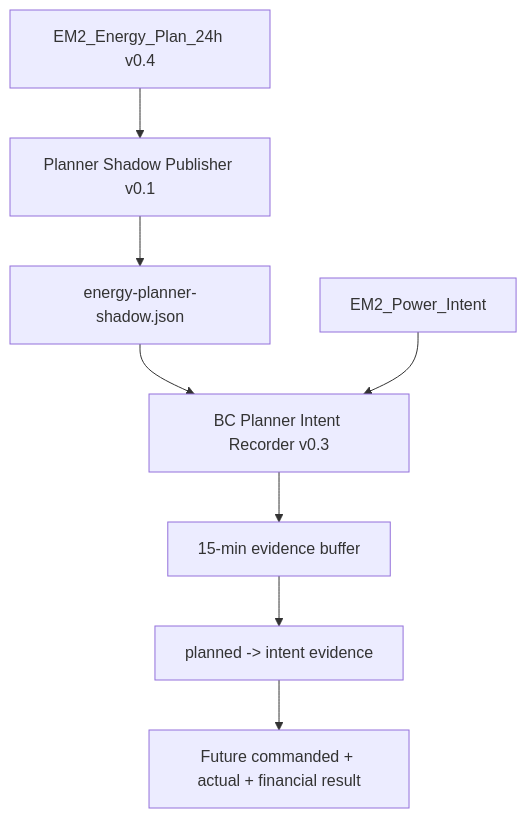
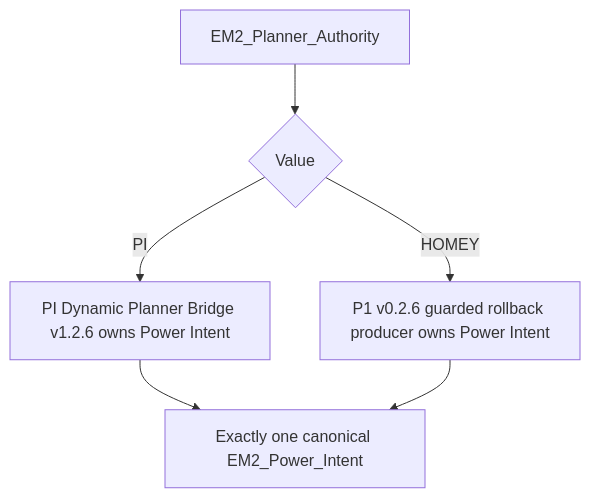
The second of 5 diagrams in docs/software-architecture/flows/planner-power-intent-flow.md (OnsKasteeltje/homey-energy-manual), drawn with Mermaid before and after one commit. The commit also changed other lines of this file, not shown here.

Commit message:
docs: align planner and Power Intent flow diagrams with Pi production chain

````diff
--- a/docs/software-architecture/flows/planner-power-intent-flow.md
+++ b/docs/software-architecture/flows/planner-power-intent-flow.md
@@ -139,10 +71,8 @@
 ```mermaid
 flowchart TD
-    A[EM2_Energy_Plan_24h v0.4] --> B[Planner Shadow Publisher v0.1]
-    B --> C[energy-planner-shadow.json]
-    C --> D[BC Planner Intent Recorder v0.3]
-    E[EM2_Power_Intent] --> D
-    D --> F[15-min evidence buffer]
-    F --> G[planned -> intent evidence]
-    G --> H[Future commanded + actual + financial result]
+    A[EM2_Planner_Authority] --> B{Value}
+    B -->|PI| C[PI Dynamic Planner Bridge v1.2.6 owns Power Intent]
+    B -->|HOMEY| D[P1 v0.2.6 guarded rollback producer owns Power Intent]
+    C --> E[Exactly one canonical EM2_Power_Intent]
+    D --> E
 ```
````
